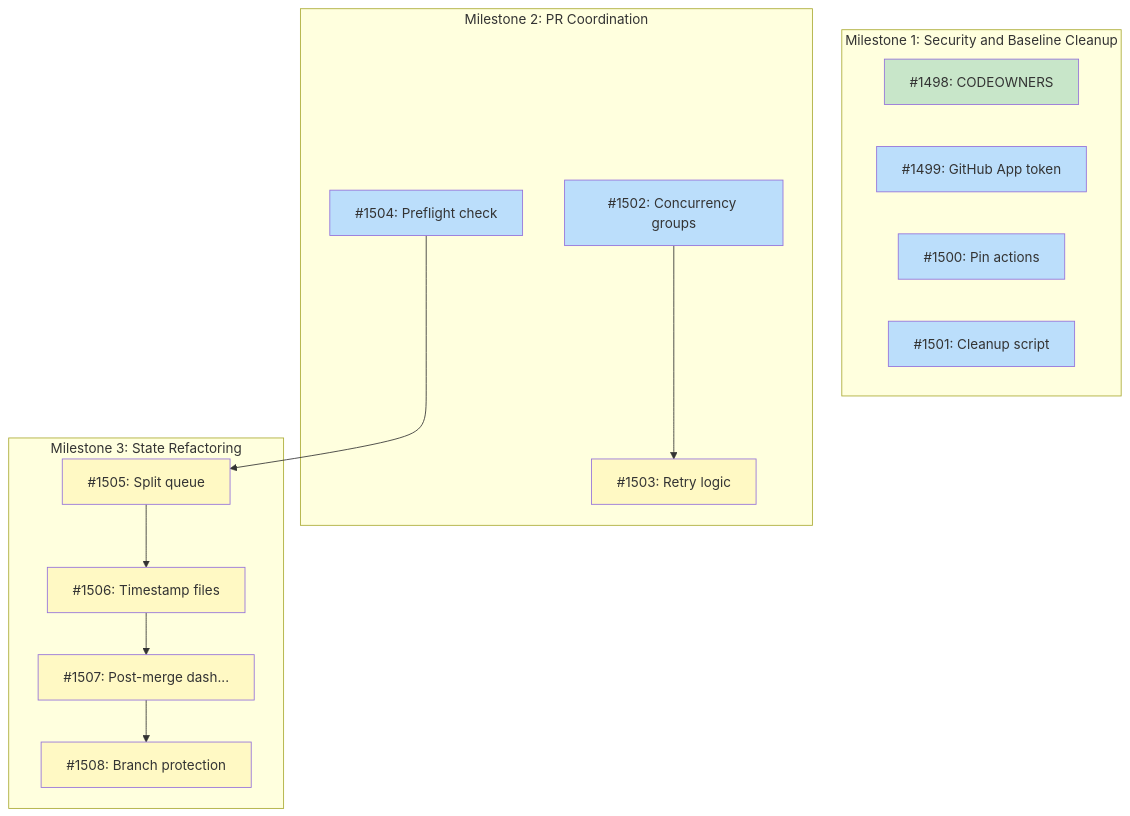
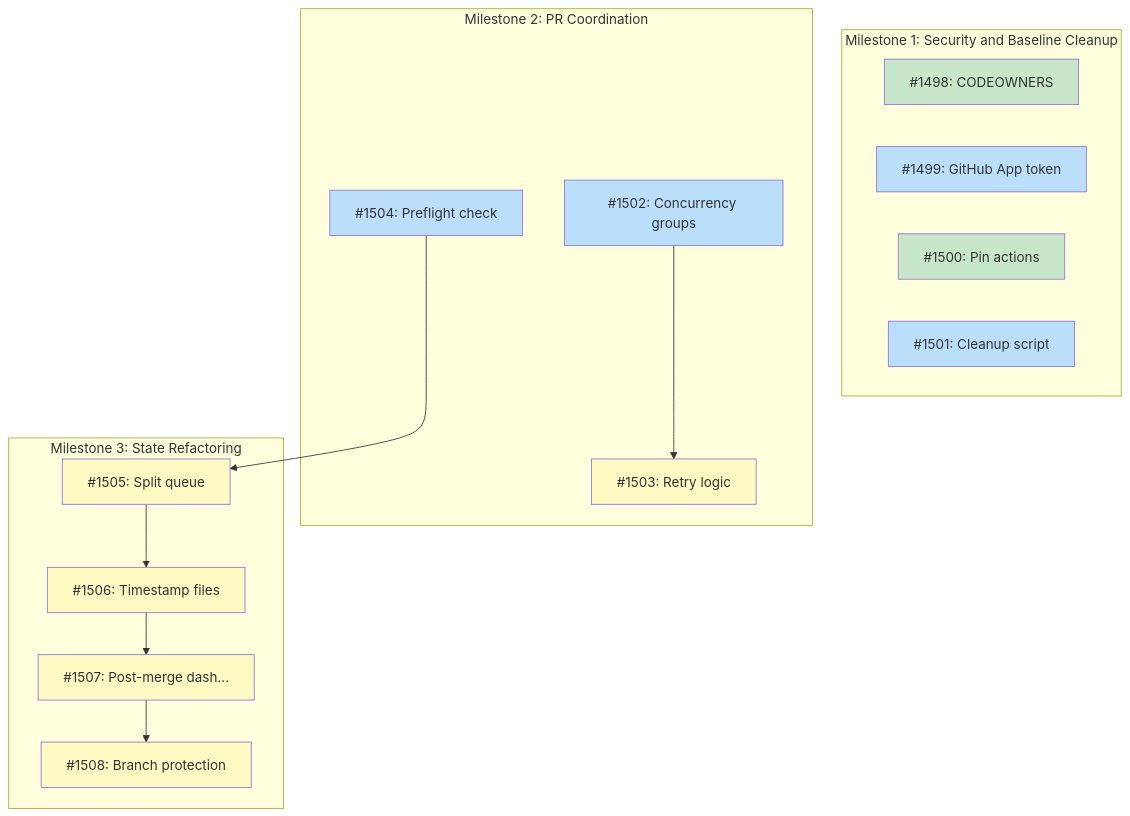
Before and after one commit to tsukumogami/tsuku: the diagram in docs/designs/DESIGN-batch-pr-coordination.md, drawn with Mermaid. The commit also changed other lines of this file, not shown here.

Commit message:
docs(batch-pr-coordination): mark issue #1500 as completed
Update Implementation Issues section to reflect completion of GitHub
Actions pinning. Issue #1500 is now marked as done (green) in the
dependency graph.

````diff
--- a/docs/designs/DESIGN-batch-pr-coordination.md
+++ b/docs/designs/DESIGN-batch-pr-coordination.md
@@ -80,37 +80,37 @@
 ```mermaid
 graph TD
     subgraph M1["Milestone 1: Security and Baseline Cleanup"]
         I1498["#1498: CODEOWNERS"]
         I1499["#1499: GitHub App token"]
         I1500["#1500: Pin actions"]
         I1501["#1501: Cleanup script"]
     end
 
     subgraph M2["Milestone 2: PR Coordination"]
         I1502["#1502: Concurrency groups"]
         I1503["#1503: Retry logic"]
         I1504["#1504: Preflight check"]
     end
 
     subgraph M3["Milestone 3: State Refactoring"]
         I1505["#1505: Split queue"]
         I1506["#1506: Timestamp files"]
         I1507["#1507: Post-merge dash..."]
         I1508["#1508: Branch protection"]
     end
 
     I1502 --> I1503
     I1504 --> I1505
     I1505 --> I1506
     I1506 --> I1507
     I1507 --> I1508
 
     classDef done fill:#c8e6c9
     classDef ready fill:#bbdefb
     classDef blocked fill:#fff9c4
     classDef needsDesign fill:#e1bee7
 
-    class I1498 done
-    class I1499,I1500,I1501,I1502,I1504 ready
+    class I1498,I1500 done
+    class I1499,I1501,I1502,I1504 ready
     class I1503,I1505,I1506,I1507,I1508 blocked
 ```
````
